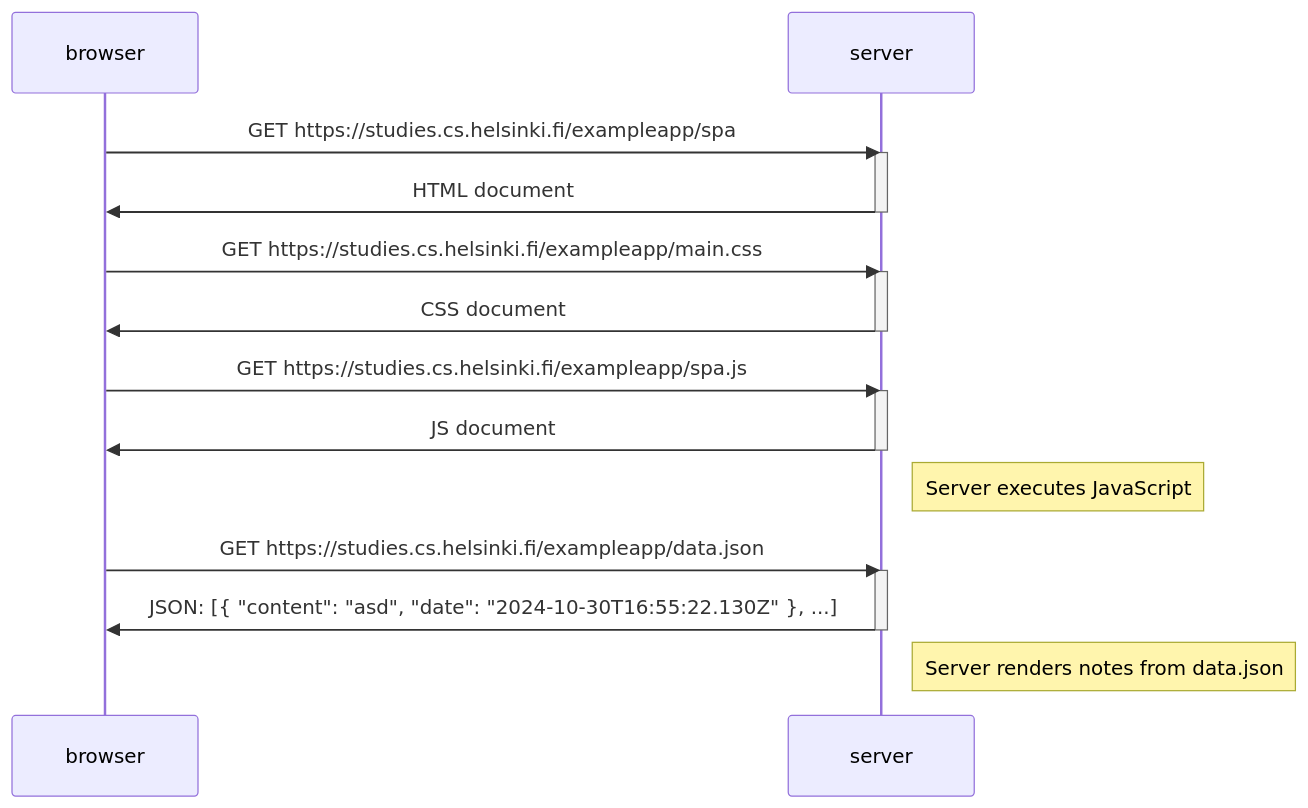
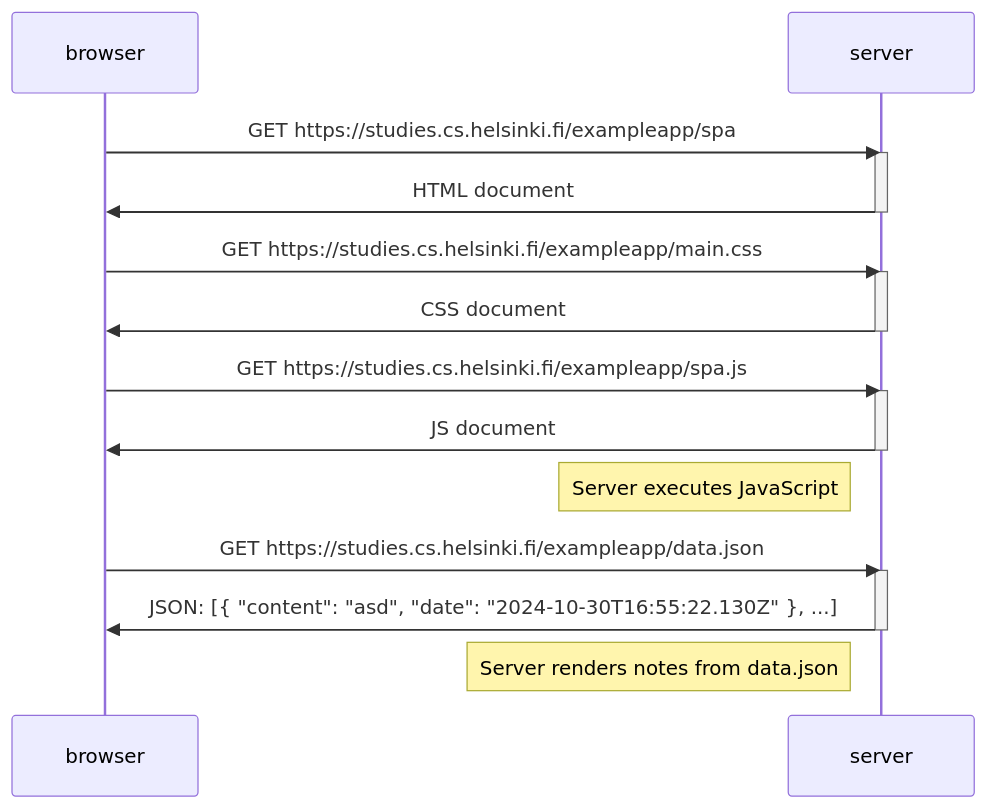
Before and after one commit to Risclover/fullstackopen: the diagram in part-0/0.5-single-page-app-diagram.md, drawn with Mermaid.

Commit message:
change note positions

````diff
--- a/part-0/0.5-single-page-app-diagram.md
+++ b/part-0/0.5-single-page-app-diagram.md
@@ -1,29 +1,29 @@
 ```mermaid
 sequenceDiagram
 participant browser
 participant server
 
     browser->>server: GET https://studies.cs.helsinki.fi/exampleapp/spa
     activate server
     server->>browser: HTML document
     deactivate server
 
     browser->>server: GET https://studies.cs.helsinki.fi/exampleapp/main.css
     activate server
     server->>browser: CSS document
     deactivate server
 
     browser->>server: GET https://studies.cs.helsinki.fi/exampleapp/spa.js
     activate server
     server->>browser: JS document
     deactivate server
 
-    Note right of server: Server executes JavaScript
+    Note left of server: Server executes JavaScript
 
     browser->>server: GET https://studies.cs.helsinki.fi/exampleapp/data.json
     activate server
     server->>browser: JSON: [{ "content": "asd", "date": "2024-10-30T16:55:22.130Z" }, ...]
     deactivate server
 
-    Note right of server: Server renders notes from data.json
+    Note left of server: Server renders notes from data.json
 ```
````
